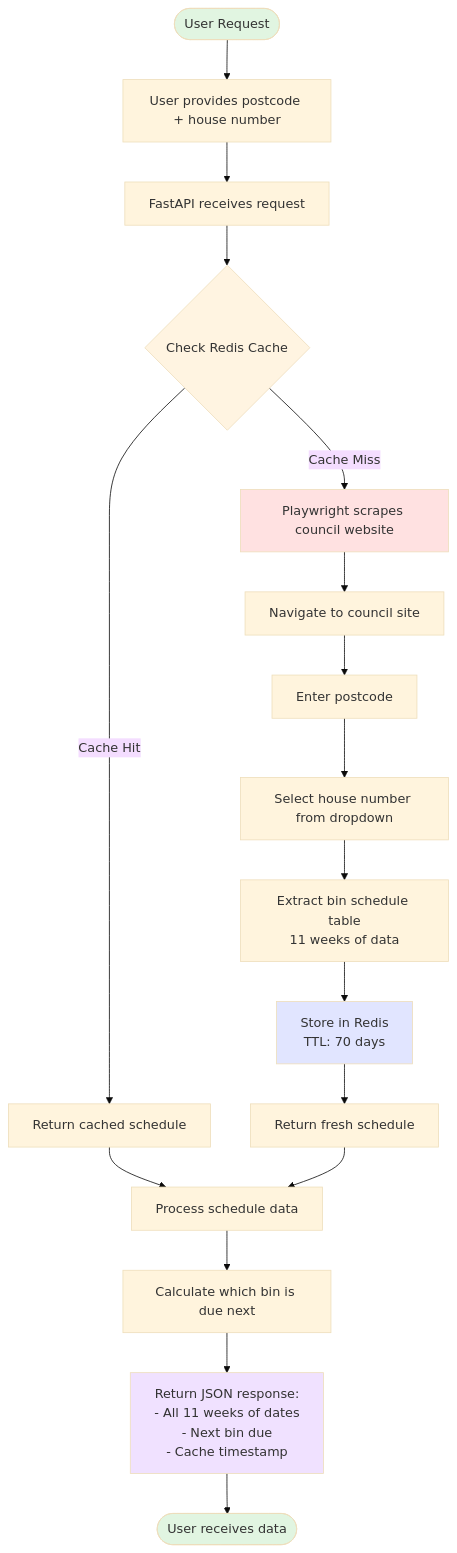
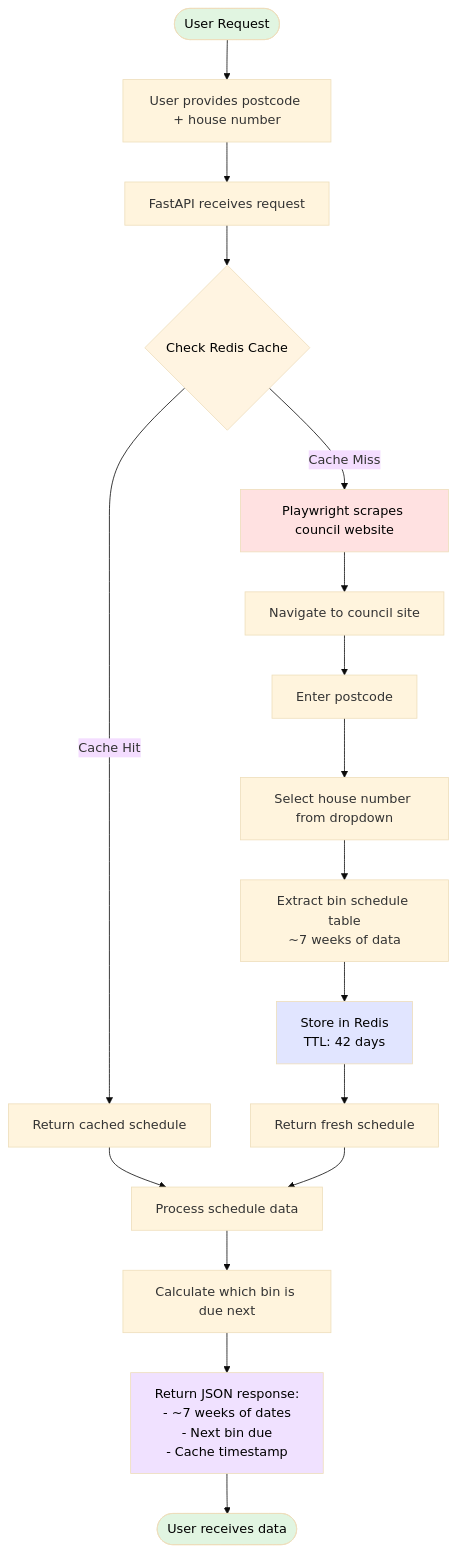
Before and after one commit to LFairbairn/bin-reminder: the diagram in README.md, drawn with Mermaid (base theme). The commit also changed other lines of this file and 4 other files, not shown here.

Commit message:
Enhance frontend with same-day bin grouping and update cache TTL

````diff
--- a/README.md
+++ b/README.md
@@ -13,32 +13,32 @@
 ```mermaid
 flowchart TD
     Start([User Request]) --> Input[User provides postcode + house number]
     Input --> API[FastAPI receives request]
     API --> CheckCache{Check Redis Cache}
 
     CheckCache -->|Cache Hit| ReturnCached[Return cached schedule]
     CheckCache -->|Cache Miss| Scrape[Playwright scrapes council website]
 
     Scrape --> Navigate1[Navigate to council site]
     Navigate1 --> EnterPostcode[Enter postcode]
     EnterPostcode --> SelectHouse[Select house number from dropdown]
-    SelectHouse --> ExtractData[Extract bin schedule table<br/>11 weeks of data]
+    SelectHouse --> ExtractData[Extract bin schedule table<br/>~7 weeks of data]
 
-    ExtractData --> StoreCache[Store in Redis<br/>TTL: 70 days]
+    ExtractData --> StoreCache[Store in Redis<br/>TTL: 42 days]
     StoreCache --> ReturnFresh[Return fresh schedule]
 
     ReturnCached --> Process[Process schedule data]
     ReturnFresh --> Process
 
     Process --> Calculate[Calculate which bin is due next]
-    Calculate --> Response[Return JSON response:<br/>- All 11 weeks of dates<br/>- Next bin due<br/>- Cache timestamp]
+    Calculate --> Response[Return JSON response:<br/>- ~7 weeks of dates<br/>- Next bin due<br/>- Cache timestamp]
 
     Response --> End([User receives data])
 
-    style Start fill:#e1f5e1
-    style End fill:#e1f5e1
-    style CheckCache fill:#fff4e1
-    style Scrape fill:#ffe1e1
-    style StoreCache fill:#e1e5ff
-    style Response fill:#f0e1ff
+    style Start fill:#e1f5e1,color:#000
+    style End fill:#e1f5e1,color:#000
+    style CheckCache fill:#fff4e1,color:#000
+    style Scrape fill:#ffe1e1,color:#000
+    style StoreCache fill:#e1e5ff,color:#000
+    style Response fill:#f0e1ff,color:#000
 ```
````
